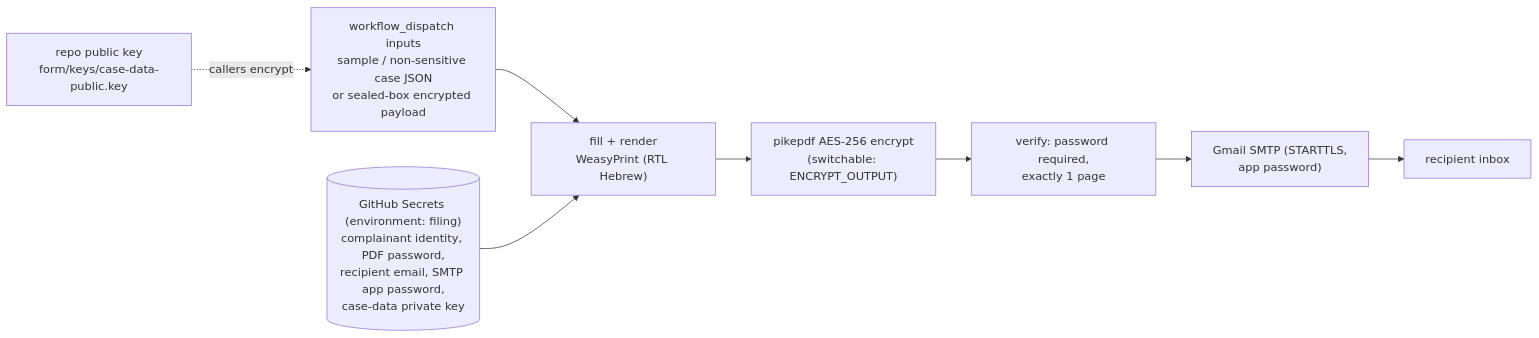
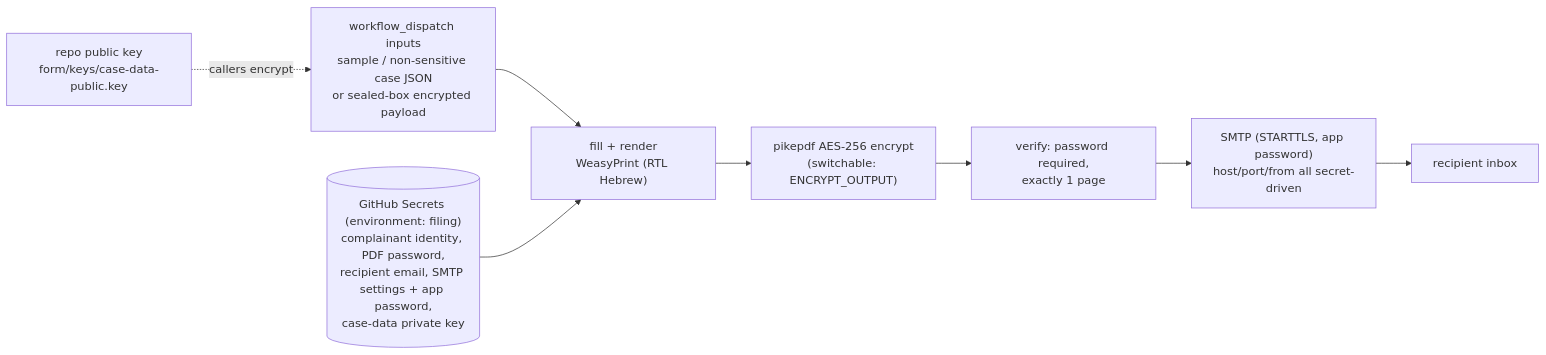
One commit to civic-form-tools/traffic-complaint-form changed the diagram in README.md. Above: the diagram before and after it, drawn with Mermaid. The commit also changed other lines of this file and 7 other files, not shown here.

First line of the commit message:
SMTP fully secret-driven: host, port, username, password, From (#11)

````diff
--- a/README.md
+++ b/README.md
@@ -22,10 +22,10 @@
 ```mermaid
 flowchart LR
     A["workflow_dispatch inputs<br>sample / non-sensitive case JSON<br>or sealed-box encrypted payload"] --> C["fill + render<br>WeasyPrint (RTL Hebrew)"]
     K["repo public key<br>form/keys/case-data-public.key"] -. callers encrypt .-> A
-    S[("GitHub Secrets (environment: filing)<br>complainant identity, PDF password,<br>recipient email, SMTP app password,<br>case-data private key")] --> C
+    S[("GitHub Secrets (environment: filing)<br>complainant identity, PDF password,<br>recipient email, SMTP settings + app password,<br>case-data private key")] --> C
     C --> D["pikepdf AES-256 encrypt<br>(switchable: ENCRYPT_OUTPUT)"]
     D --> V["verify: password required,<br>exactly 1 page"]
-    V --> M["Gmail SMTP (STARTTLS,<br>app password)"]
+    V --> M["SMTP (STARTTLS, app password)<br>host/port/from all secret-driven"]
     M --> E["recipient inbox"]
 ```
````
